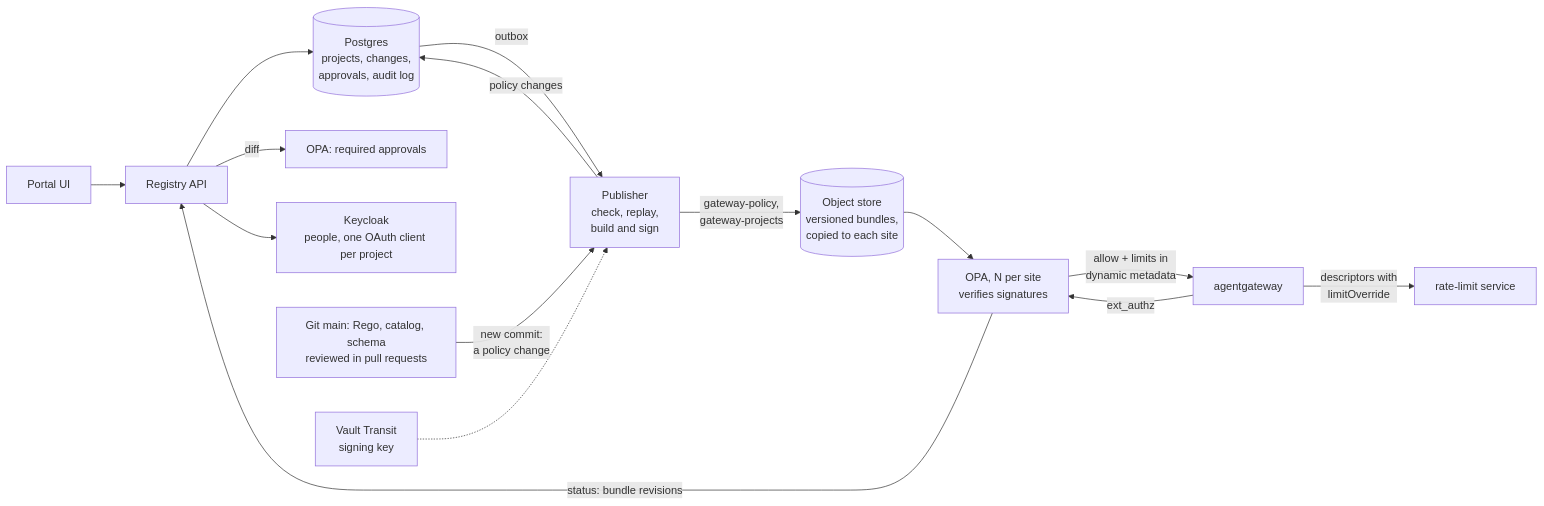
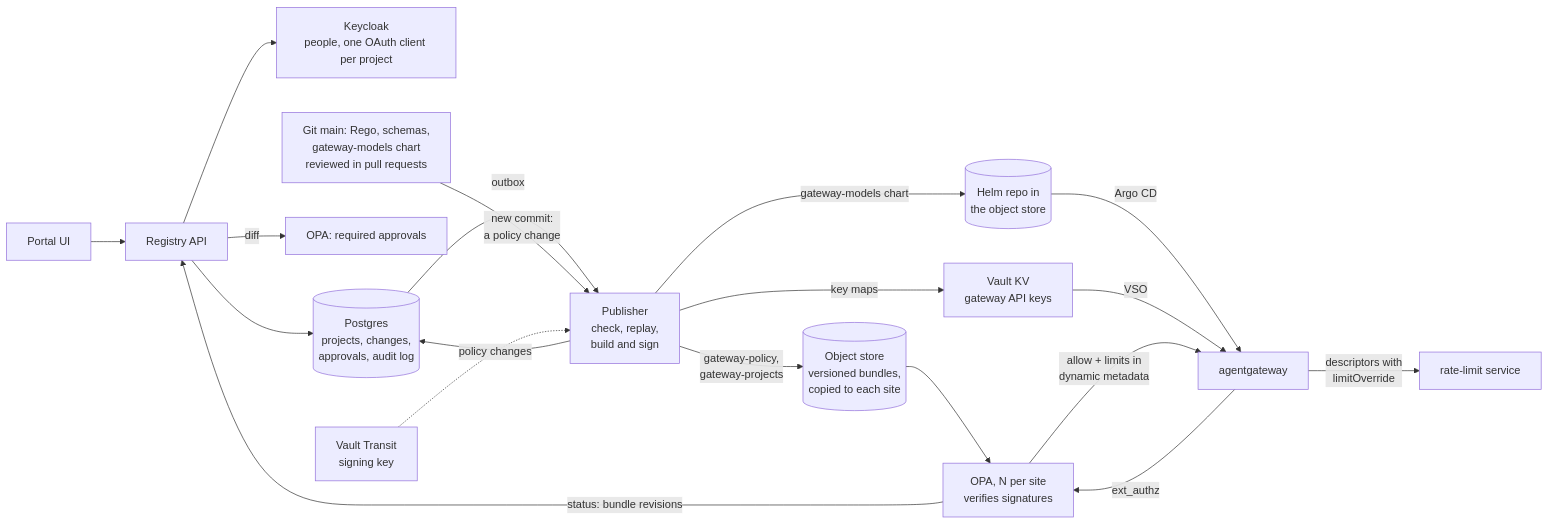
Before and after one commit to nolimitkun/project-registry: the diagram in docs/design.md, drawn with Mermaid. The commit also changed other lines of this file and 4 other files, not shown here.

First line of the commit message:
Docs and comments match the code: the catalog and the keys are the registry's (#15)

````diff
--- a/docs/design.md
+++ b/docs/design.md
@@ -42,18 +44,22 @@
 ```mermaid
 flowchart LR
   kc[Keycloak<br/>people, one OAuth client per project]
   ui[Portal UI] --> api[Registry API]
   api --> pg[(Postgres<br/>projects, changes,<br/>approvals, audit log)]
   api -->|diff| opap[OPA: required approvals]
   api --> kc
   pg -->|outbox| pub[Publisher<br/>check, replay,<br/>build and sign]
-  git[Git main: Rego, catalog, schema<br/>reviewed in pull requests] -->|new commit:<br/>a policy change| pub
+  git[Git main: Rego, schemas,<br/>gateway-models chart<br/>reviewed in pull requests] -->|new commit:<br/>a policy change| pub
   pub -->|policy changes| pg
   vt[Vault Transit<br/>signing key] -.-> pub
   pub -->|gateway-policy,<br/>gateway-projects| s3[(Object store<br/>versioned bundles,<br/>copied to each site)]
+  pub -->|gateway-models chart| helm[(Helm repo in<br/>the object store)]
+  helm -->|Argo CD| gw
+  pub -->|key maps| kv[Vault KV<br/>gateway API keys]
+  kv -->|VSO| gw
   s3 --> opa[OPA, N per site<br/>verifies signatures]
   opa -->|status: bundle revisions| api
   gw[agentgateway] -->|ext_authz| opa
   opa -->|allow + limits in<br/>dynamic metadata| gw
   gw -->|descriptors with<br/>limitOverride| rl[rate-limit service]
 ```
````
